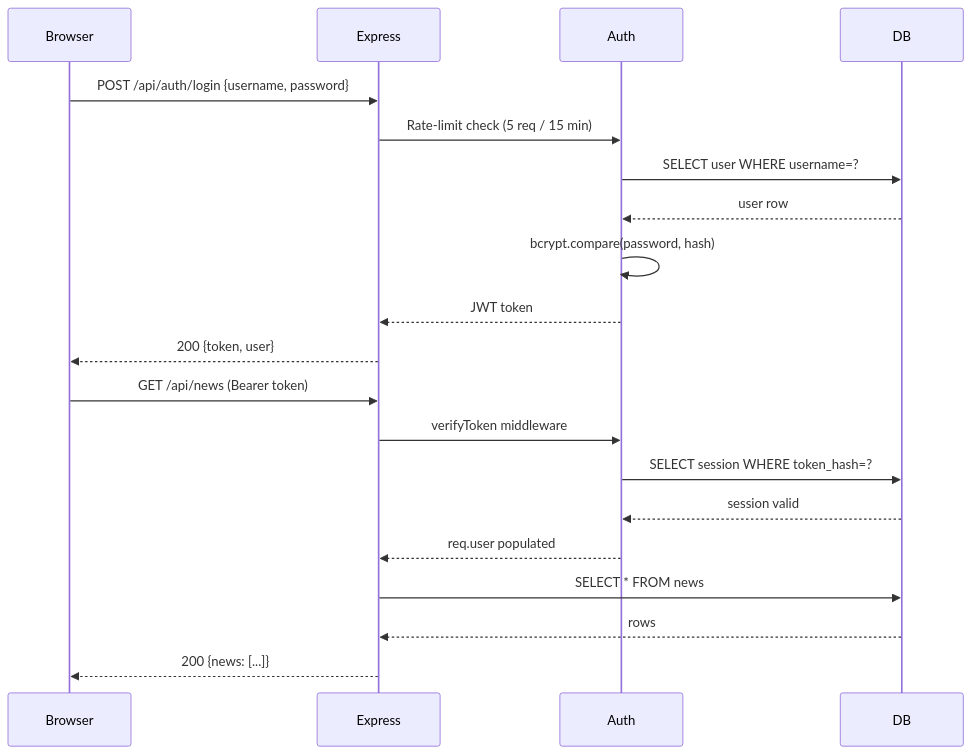
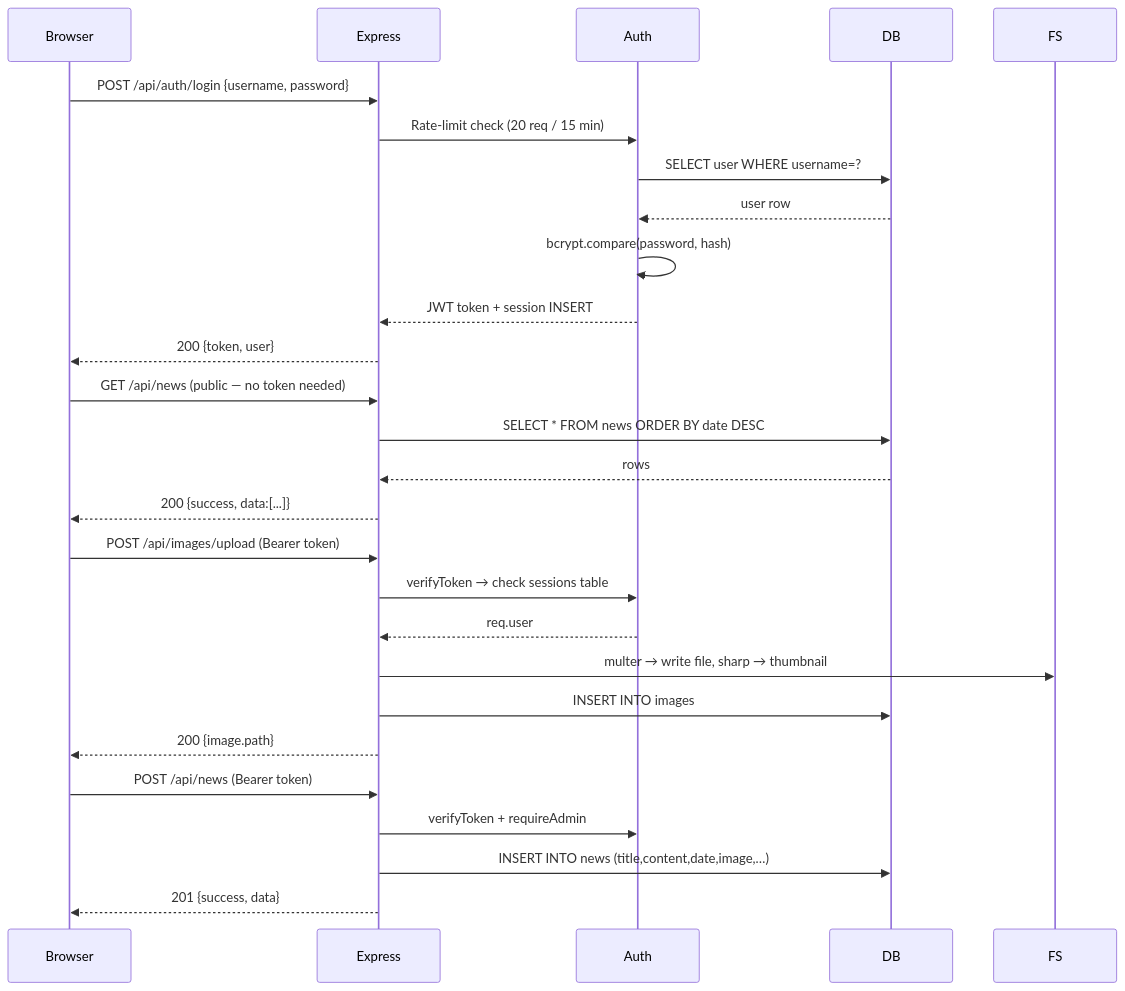
One commit to aairom/ajj-clone changed the second of 4 diagrams in Docs/Architecture.md. Above: the diagram before and after it, drawn with Mermaid. The commit also changed other lines of this file and 5 other files, not shown here.

````diff
--- a/Docs/Architecture.md
+++ b/Docs/Architecture.md
@@ -60,24 +62,32 @@
 ```mermaid
 sequenceDiagram
     participant Browser
     participant Express
     participant Auth
     participant DB
 
     Browser->>Express: POST /api/auth/login {username, password}
-    Express->>Auth: Rate-limit check (5 req / 15 min)
+    Express->>Auth: Rate-limit check (20 req / 15 min)
     Auth->>DB: SELECT user WHERE username=?
     DB-->>Auth: user row
     Auth->>Auth: bcrypt.compare(password, hash)
-    Auth-->>Express: JWT token
+    Auth-->>Express: JWT token + session INSERT
     Express-->>Browser: 200 {token, user}
 
-    Browser->>Express: GET /api/news (Bearer token)
-    Express->>Auth: verifyToken middleware
-    Auth->>DB: SELECT session WHERE token_hash=?
-    DB-->>Auth: session valid
-    Auth-->>Express: req.user populated
-    Express->>DB: SELECT * FROM news
+    Browser->>Express: GET /api/news (public — no token needed)
+    Express->>DB: SELECT * FROM news ORDER BY date DESC
     DB-->>Express: rows
-    Express-->>Browser: 200 {news: [...]}
+    Express-->>Browser: 200 {success, data:[...]}
+
+    Browser->>Express: POST /api/images/upload (Bearer token)
+    Express->>Auth: verifyToken → check sessions table
+    Auth-->>Express: req.user
+    Express->>FS: multer → write file, sharp → thumbnail
+    Express->>DB: INSERT INTO images
+    Express-->>Browser: 200 {image.path}
+
+    Browser->>Express: POST /api/news (Bearer token)
+    Express->>Auth: verifyToken + requireAdmin
+    Express->>DB: INSERT INTO news (title,content,date,image,…)
+    Express-->>Browser: 201 {success, data}
 ```
````
